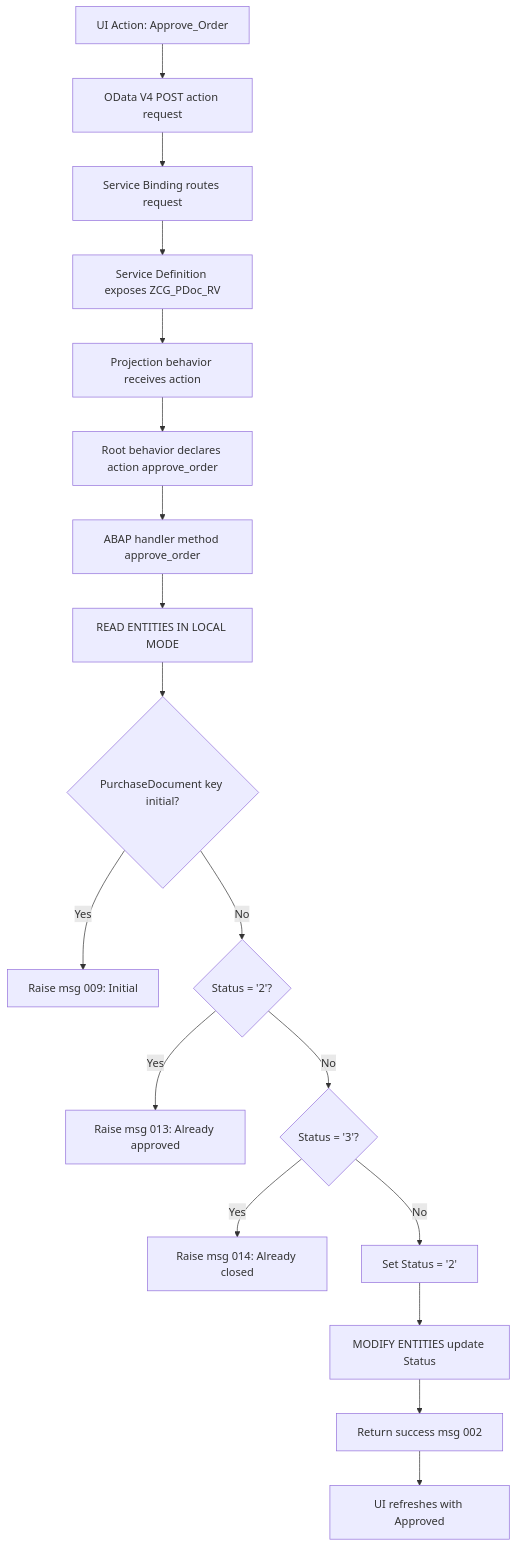
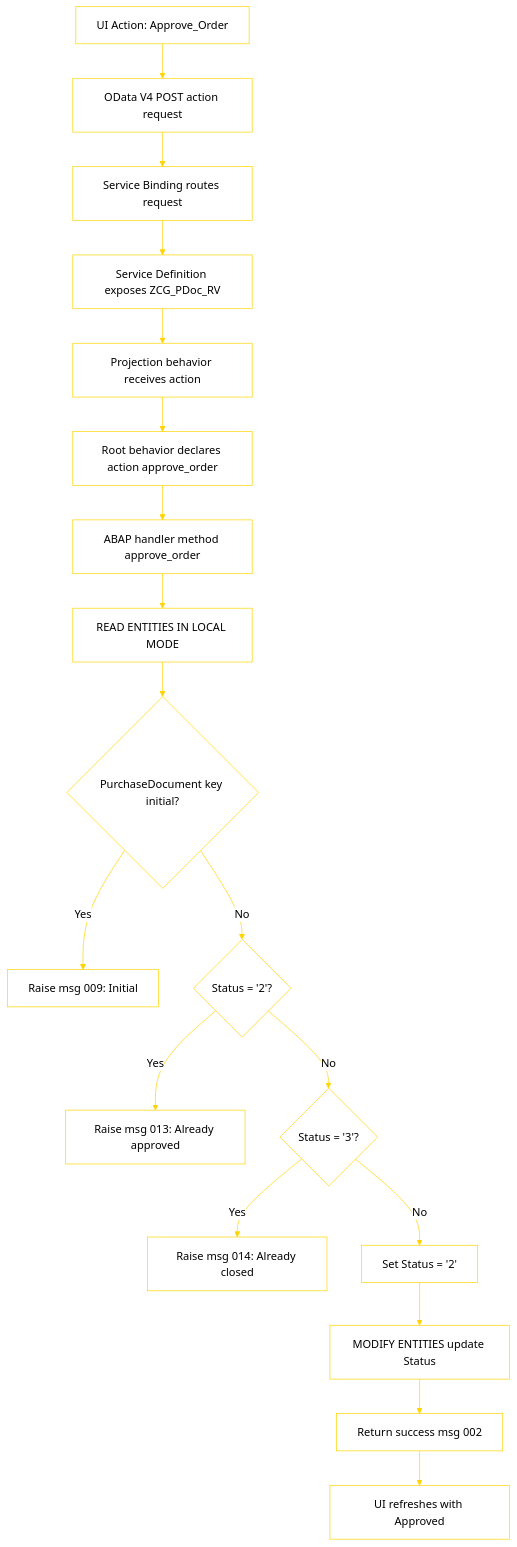
Before and after one commit to gfcarlson/rap_1_store: the second of 6 diagrams in Approve_Order.md, drawn with Mermaid. The commit also changed other lines of this file and 2 other files, not shown here.

````diff
--- a/Approve_Order.md
+++ b/Approve_Order.md
@@ -104,20 +105,21 @@
 ```mermaid
+%%{init: {"theme": "base", "themeVariables": {"background": "transparent", "fontFamily": "ui-sans-serif, system-ui, -apple-system, Segoe UI, sans-serif", "primaryColor": "#ffffff", "primaryTextColor": "#000000", "primaryBorderColor": "#ffd400", "lineColor": "#ffd400", "signalColor": "#ffd400", "secondaryColor": "#ffffff", "secondaryTextColor": "#000000", "secondaryBorderColor": "#ffd400", "actorBkg": "#ffffff", "actorTextColor": "#000000", "actorBorderColor": "#ffd400", "noteBkgColor": "#ffffff", "noteTextColor": "#000000", "noteBorderColor": "#ffd400", "clusterBkg": "#ffffff", "clusterBorderColor": "#ffd400"}}}%%
 flowchart TD
     A[UI Action: Approve_Order] --> B[OData V4 POST action request]
     B --> C[Service Binding routes request]
     C --> D[Service Definition exposes ZCG_PDoc_RV]
     D --> E[Projection behavior receives action]
     E --> F[Root behavior declares action approve_order]
     F --> G[ABAP handler method approve_order]
     G --> H[READ ENTITIES IN LOCAL MODE]
     H --> I{PurchaseDocument key initial?}
     I -- Yes --> J[Raise msg 009: Initial]
     I -- No --> K{Status = '2'?}
     K -- Yes --> L[Raise msg 013: Already approved]
     K -- No --> M{Status = '3'?}
     M -- Yes --> N[Raise msg 014: Already closed]
     M -- No --> O[Set Status = '2']
     O --> P[MODIFY ENTITIES update Status]
     P --> Q[Return success msg 002]
     Q --> R[UI refreshes with Approved]
 ```
````
